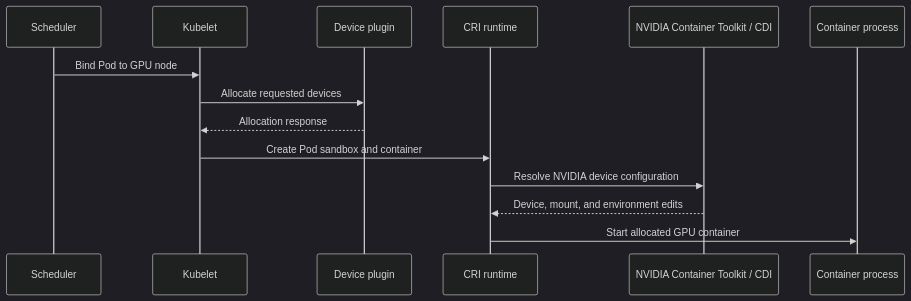
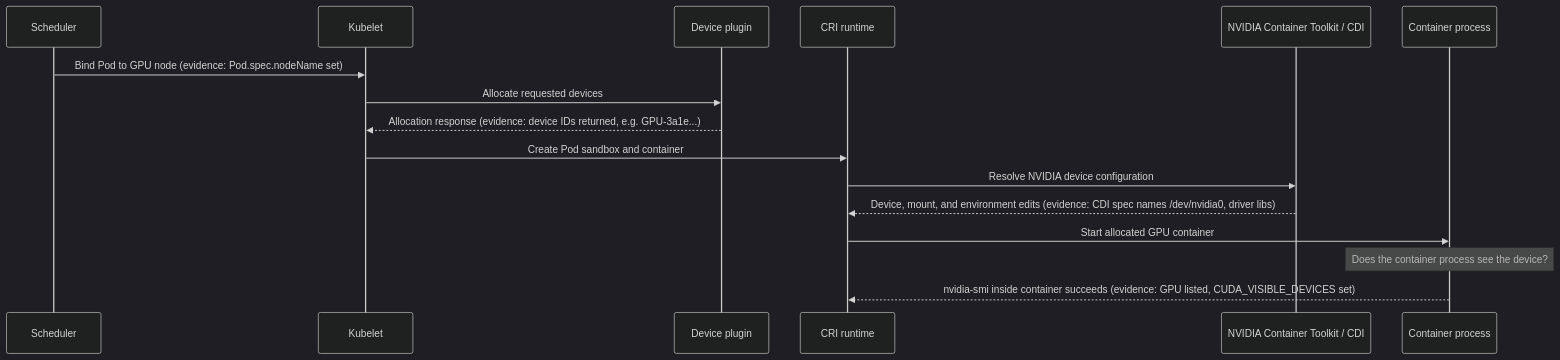
One commit to jithinpnjm/nvidia-devops changed the diagram in docs/nvidia-zero-to-hero/volume-10/chapter-03-container-toolkit-runtimeclass-and-cdi.md. Above: the diagram before and after it, drawn with Mermaid (dark theme). The commit also changed other lines of this file and 10 other files, not shown here.

````diff
--- a/docs/nvidia-zero-to-hero/volume-10/chapter-03-container-toolkit-runtimeclass-and-cdi.md
+++ b/docs/nvidia-zero-to-hero/volume-10/chapter-03-container-toolkit-runtimeclass-and-cdi.md
@@ -26,16 +26,18 @@
 ```mermaid
 sequenceDiagram
     participant S as Scheduler
     participant K as Kubelet
     participant DP as Device plugin
     participant CRI as CRI runtime
     participant NCT as NVIDIA Container Toolkit / CDI
     participant C as Container process
-    S->>K: Bind Pod to GPU node
+    S->>K: Bind Pod to GPU node (evidence: Pod.spec.nodeName set)
     K->>DP: Allocate requested devices
-    DP-->>K: Allocation response
+    DP-->>K: Allocation response (evidence: device IDs returned, e.g. GPU-3a1e...)
     K->>CRI: Create Pod sandbox and container
     CRI->>NCT: Resolve NVIDIA device configuration
-    NCT-->>CRI: Device, mount, and environment edits
+    NCT-->>CRI: Device, mount, and environment edits (evidence: CDI spec names /dev/nvidia0, driver libs)
     CRI->>C: Start allocated GPU container
+    Note over C: Does the container process see the device?
+    C-->>CRI: nvidia-smi inside container succeeds (evidence: GPU listed, CUDA_VISIBLE_DEVICES set)
 ```
````
